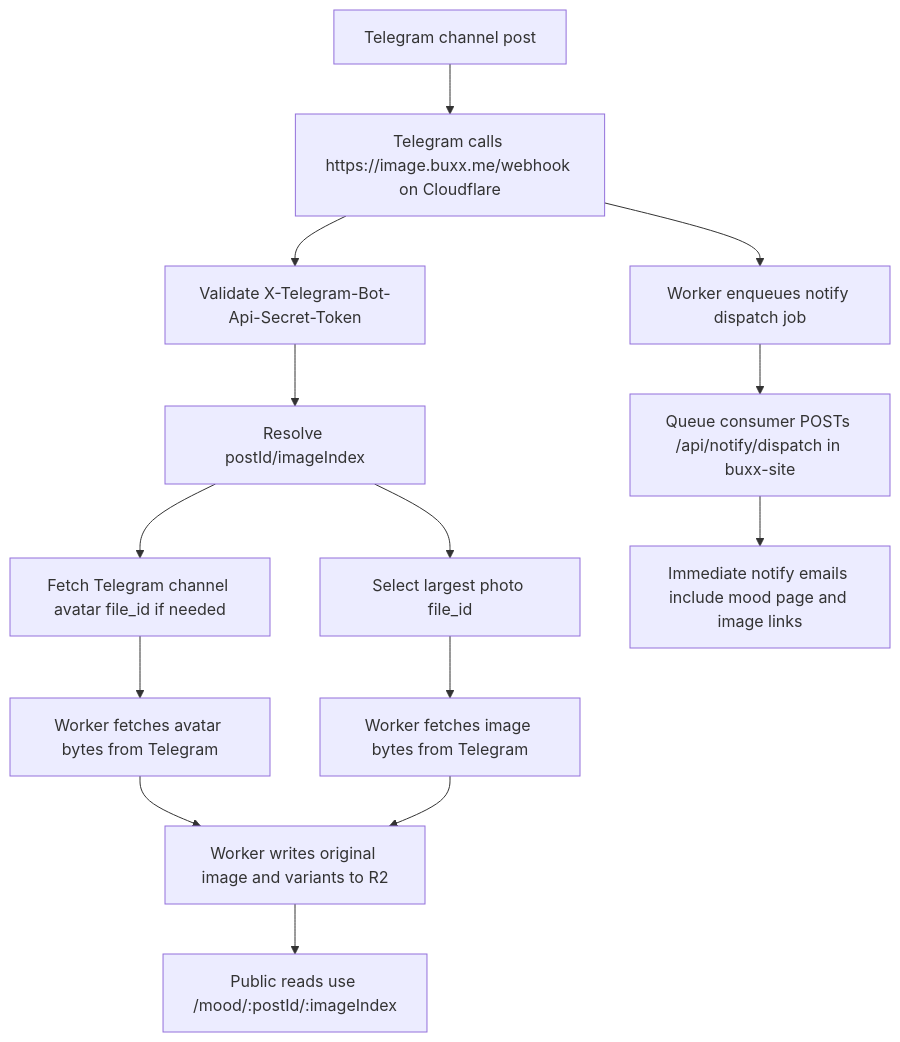
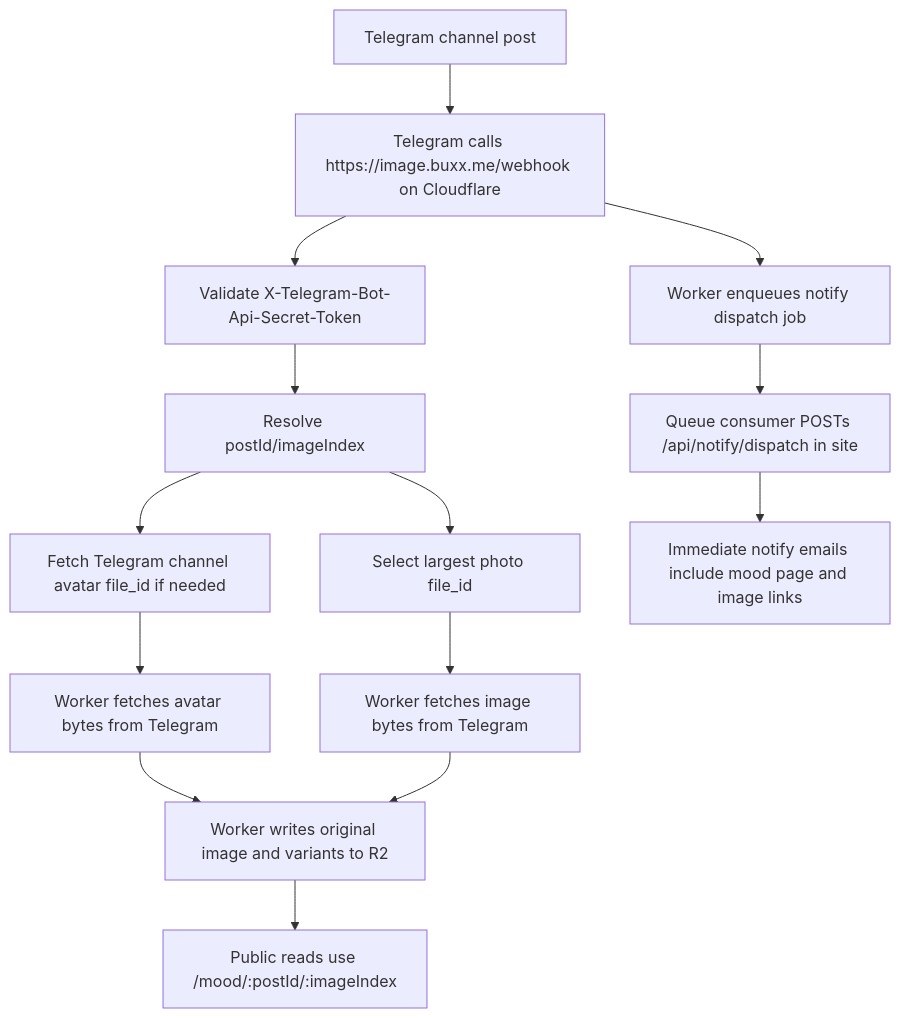
Before and after one commit to bunizao/site: the diagram in docs/TELEGRAM-PIPELINE.md, drawn with Mermaid. The commit also changed other lines of this file and 14 other files, not shown here.

````diff
--- a/docs/TELEGRAM-PIPELINE.md
+++ b/docs/TELEGRAM-PIPELINE.md
@@ -21,16 +21,16 @@
 ```mermaid
 flowchart TD
   A["Telegram channel post"] --> B["Telegram calls https://image.buxx.me/webhook on Cloudflare"]
   B --> C["Validate X-Telegram-Bot-Api-Secret-Token"]
   C --> D["Resolve postId/imageIndex"]
   D --> E["Fetch Telegram channel avatar file_id if needed"]
   D --> F["Select largest photo file_id"]
   E --> G["Worker fetches avatar bytes from Telegram"]
   F --> H["Worker fetches image bytes from Telegram"]
   G --> I["Worker writes original image and variants to R2"]
   H --> I
   I --> J["Public reads use /mood/:postId/:imageIndex"]
   B --> K["Worker enqueues notify dispatch job"]
-  K --> L["Queue consumer POSTs /api/notify/dispatch in buxx-site"]
+  K --> L["Queue consumer POSTs /api/notify/dispatch in site"]
   L --> M["Immediate notify emails include mood page and image links"]
 ```
````
